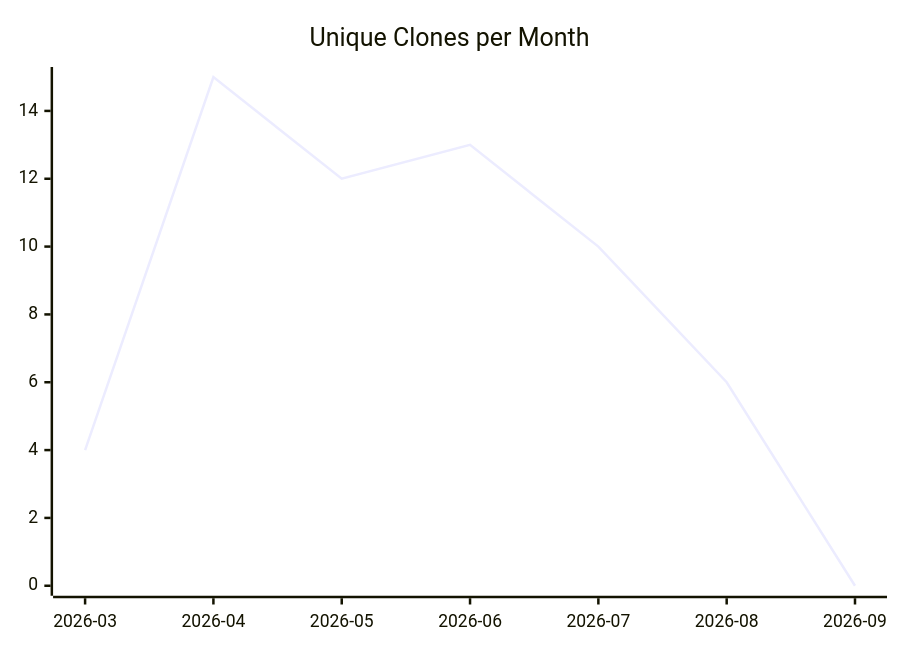
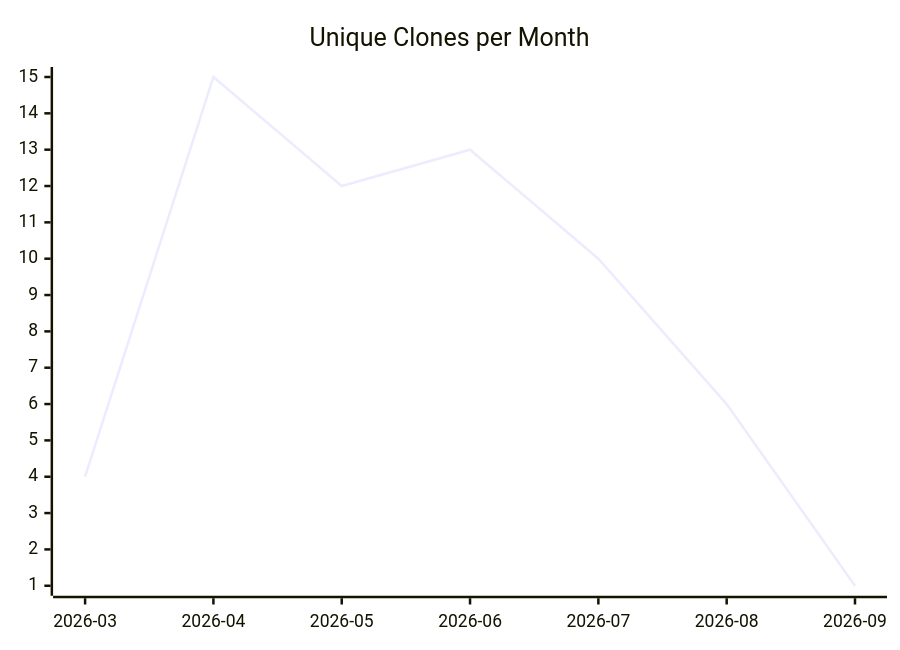
Before and after one commit to justdavis-family/github-analytics-data: the third of 3 diagrams in karlmdavis/ansible-role-bind-dns/README.md, drawn with Mermaid. The commit also changed other lines of this file and 187 other files, not shown here.

````diff
--- a/karlmdavis/ansible-role-bind-dns/README.md
+++ b/karlmdavis/ansible-role-bind-dns/README.md
@@ -19,6 +19,6 @@
 ```mermaid
 xychart-beta
   title "Unique Clones per Month"
   x-axis ["2026-03", "2026-04", "2026-05", "2026-06", "2026-07", "2026-08", "2026-09"]
-  line [4, 15, 12, 13, 10, 6, 0]
+  line [4, 15, 12, 13, 10, 6, 1]
 ```
````
